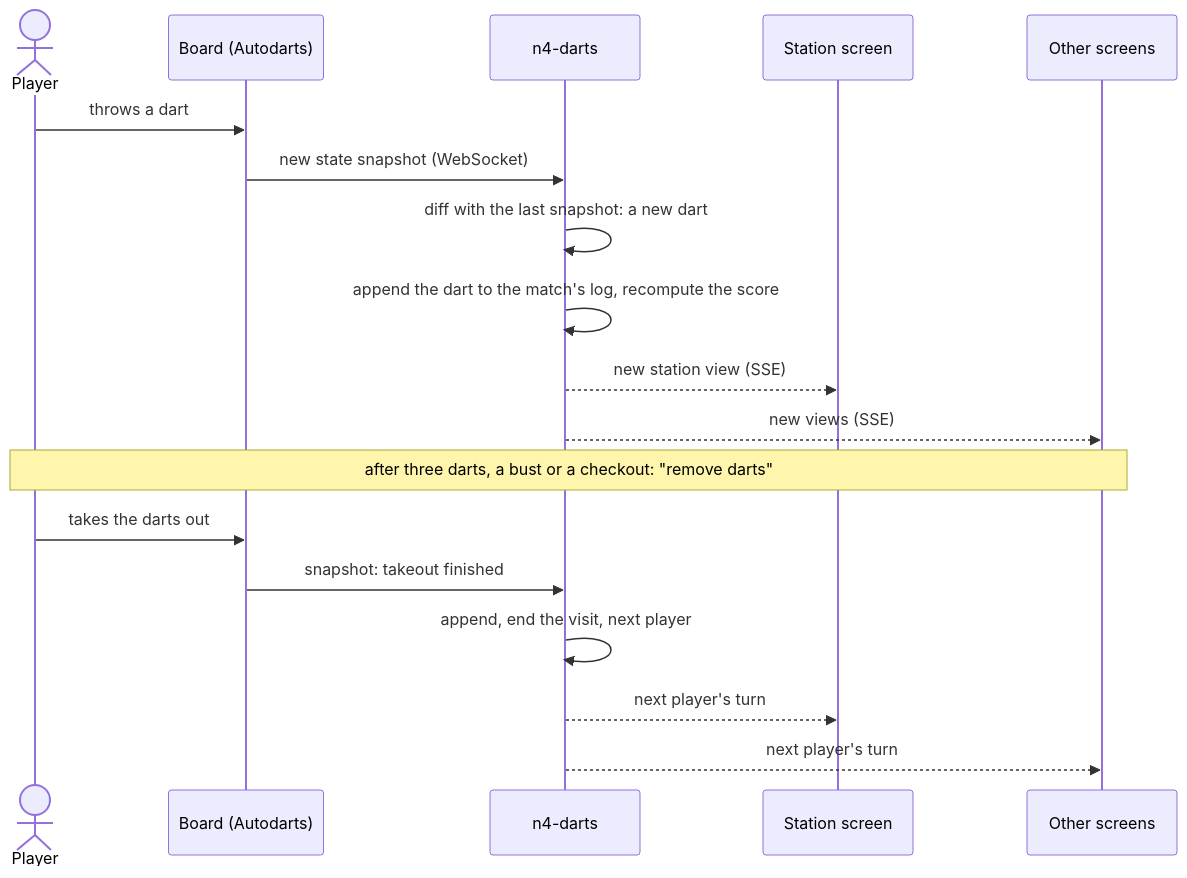
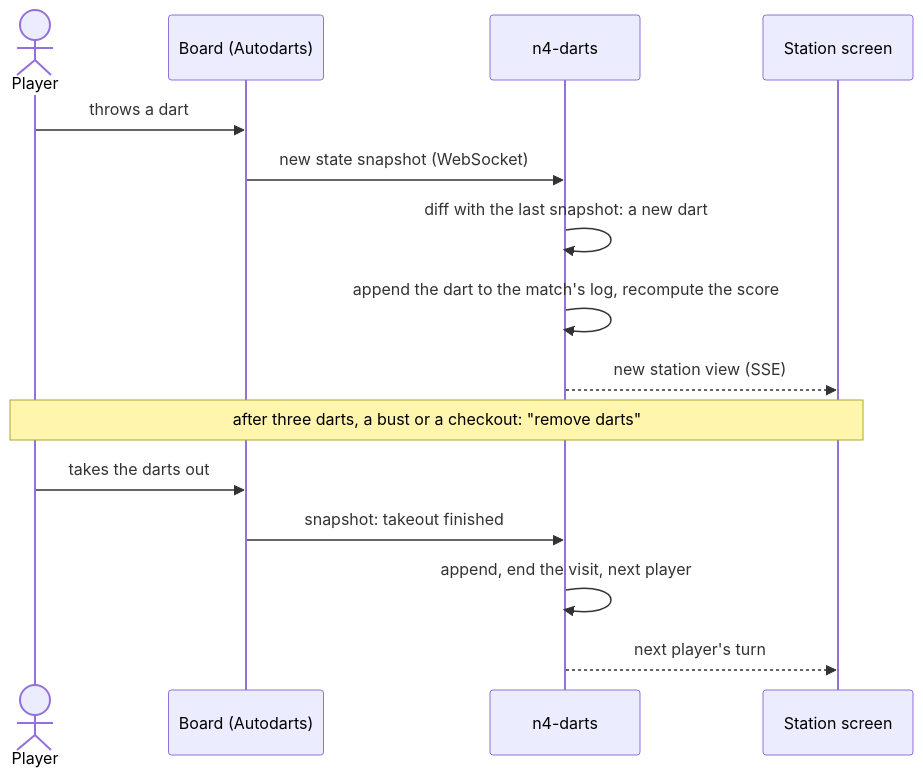
The first of 3 diagrams in docs/architecture/06-runtime-view.md (sverbach/n4-darts), drawn with Mermaid before and after one commit. The commit also changed other lines of this file, not shown here.

Commit message:
Runtime view: drop the other-screens participant to keep the focus

````diff
--- a/docs/architecture/06-runtime-view.md
+++ b/docs/architecture/06-runtime-view.md
@@ -7,21 +7,18 @@
 ```mermaid
 sequenceDiagram
     actor P as Player
     participant B as Board (Autodarts)
     participant N as n4-darts
     participant S as Station screen
-    participant O as Other screens
 
     P->>B: throws a dart
     B->>N: new state snapshot (WebSocket)
     N->>N: diff with the last snapshot: a new dart
     N->>N: append the dart to the match's log, recompute the score
     N-->>S: new station view (SSE)
-    N-->>O: new views (SSE)
-    Note over P,O: after three darts, a bust or a checkout: "remove darts"
+    Note over P,S: after three darts, a bust or a checkout: "remove darts"
     P->>B: takes the darts out
     B->>N: snapshot: takeout finished
     N->>N: append, end the visit, next player
     N-->>S: next player's turn
-    N-->>O: next player's turn
 ```
````
